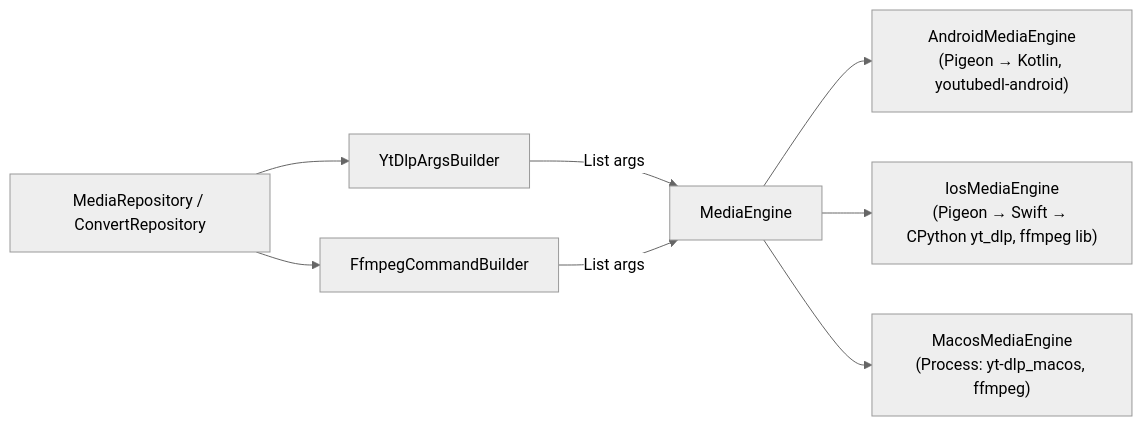
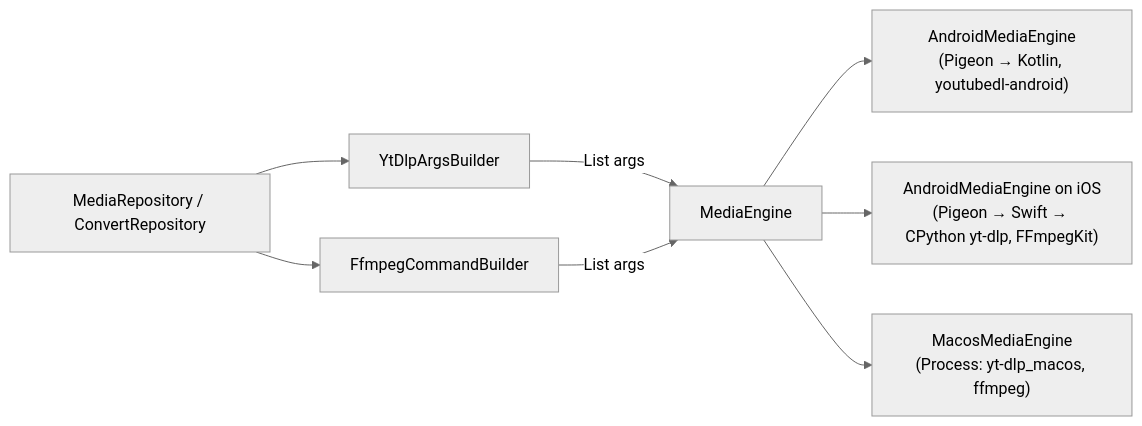
The diagram in docs/engine/media_engine.md (gaurishankar007/Flutter-Media-Downloader), drawn with Mermaid (neutral theme) before and after one commit. The commit also changed other lines of this file and 53 other files, not shown here.

````diff
--- a/docs/engine/media_engine.md
+++ b/docs/engine/media_engine.md
@@ -35,9 +42,9 @@
 ```mermaid
 flowchart LR
     R["MediaRepository / ConvertRepository"] --> B1["YtDlpArgsBuilder"]
     R --> B2["FfmpegCommandBuilder"]
     B1 & B2 -- "List<String> args" --> E["MediaEngine"]
     E --> A["AndroidMediaEngine<br/>(Pigeon → Kotlin, youtubedl-android)"]
-    E --> I["IosMediaEngine<br/>(Pigeon → Swift → CPython yt_dlp, ffmpeg lib)"]
+    E --> I["AndroidMediaEngine on iOS<br/>(Pigeon → Swift → CPython yt-dlp, FFmpegKit)"]
     E --> M["MacosMediaEngine<br/>(Process: yt-dlp_macos, ffmpeg)"]
 ```
````
